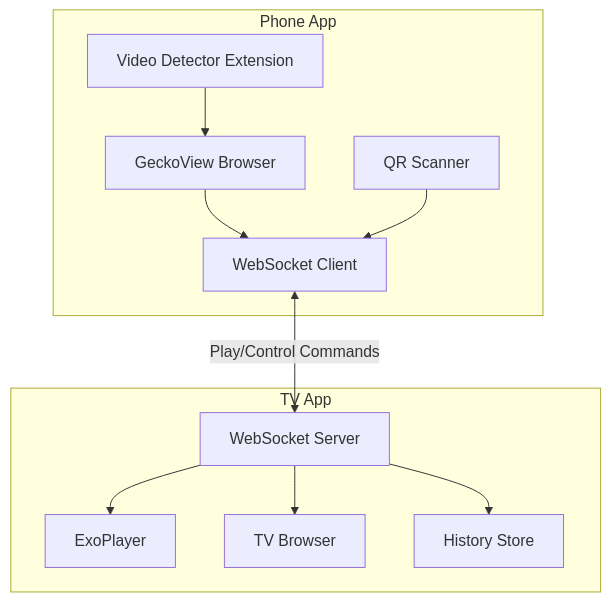
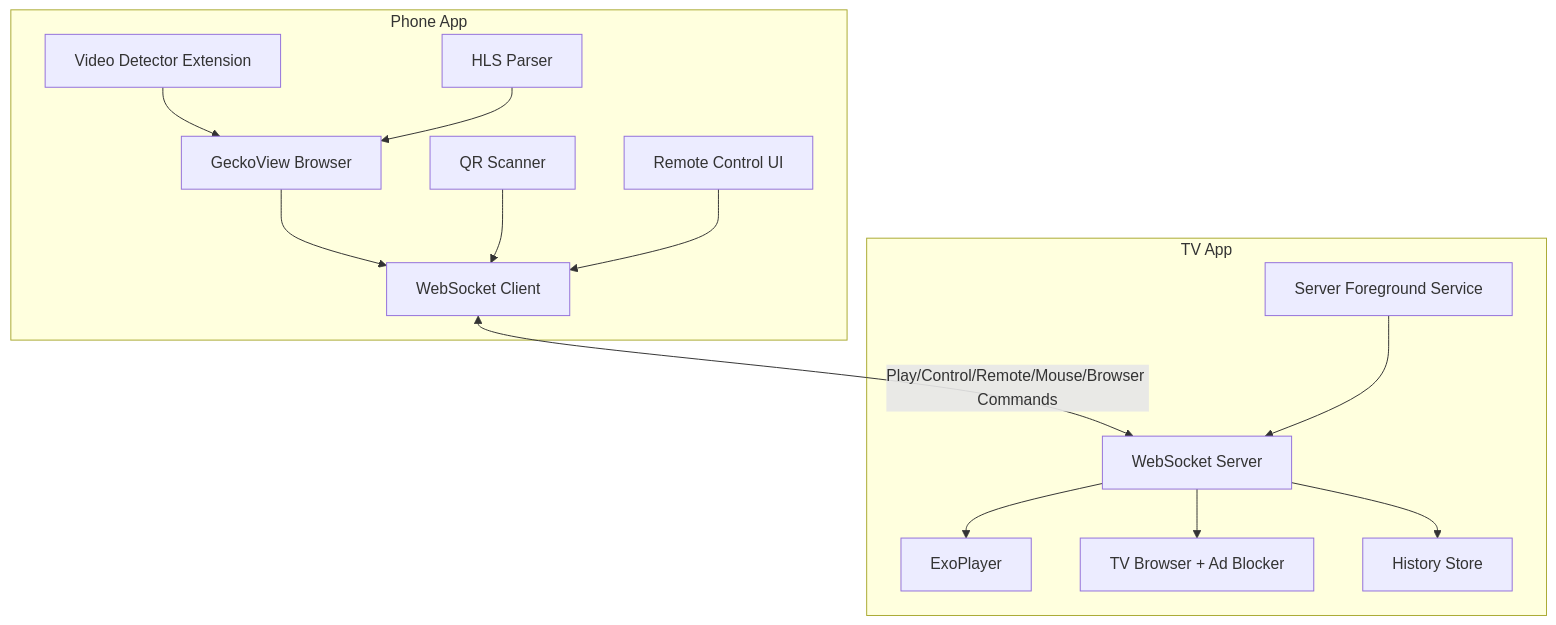
Before and after one commit to playbridgeapp/playbridge: the diagram in ARCHITECTURE.md, drawn with Mermaid. The commit also changed other lines of this file, not shown here.

````diff
--- a/ARCHITECTURE.md
+++ b/ARCHITECTURE.md
@@ -20,24 +20,30 @@
 ```mermaid
 graph TB
     subgraph Phone App
         Browser[GeckoView Browser]
         Extension[Video Detector Extension]
         WSClient[WebSocket Client]
         QRScanner[QR Scanner]
+        RemoteControl[Remote Control UI]
+        HLS[HLS Parser]
     end
     
     subgraph TV App
         WSServer[WebSocket Server]
         Player[ExoPlayer]
-        TVBrowser[TV Browser]
+        TVBrowser[TV Browser + Ad Blocker]
         History[History Store]
+        ServerSvc[Server Foreground Service]
     end
     
     Extension --> Browser
     Browser --> WSClient
+    HLS --> Browser
     QRScanner --> WSClient
-    WSClient <-->|Play/Control Commands| WSServer
+    RemoteControl --> WSClient
+    WSClient <-->|Play/Control/Remote/Mouse/Browser Commands| WSServer
+    ServerSvc --> WSServer
     WSServer --> Player
     WSServer --> TVBrowser
     WSServer --> History
 ```
````
